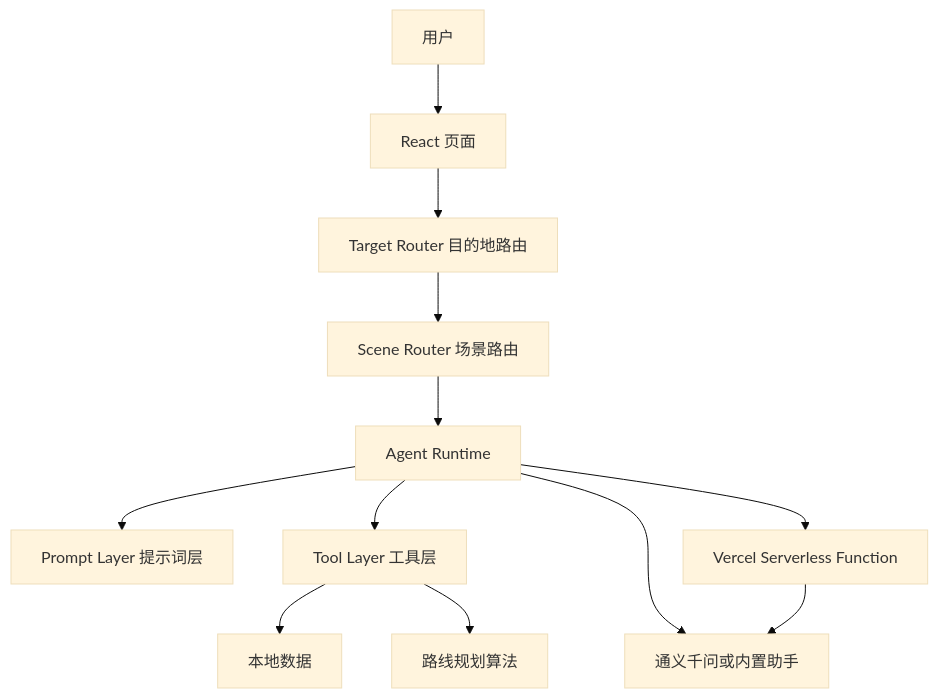
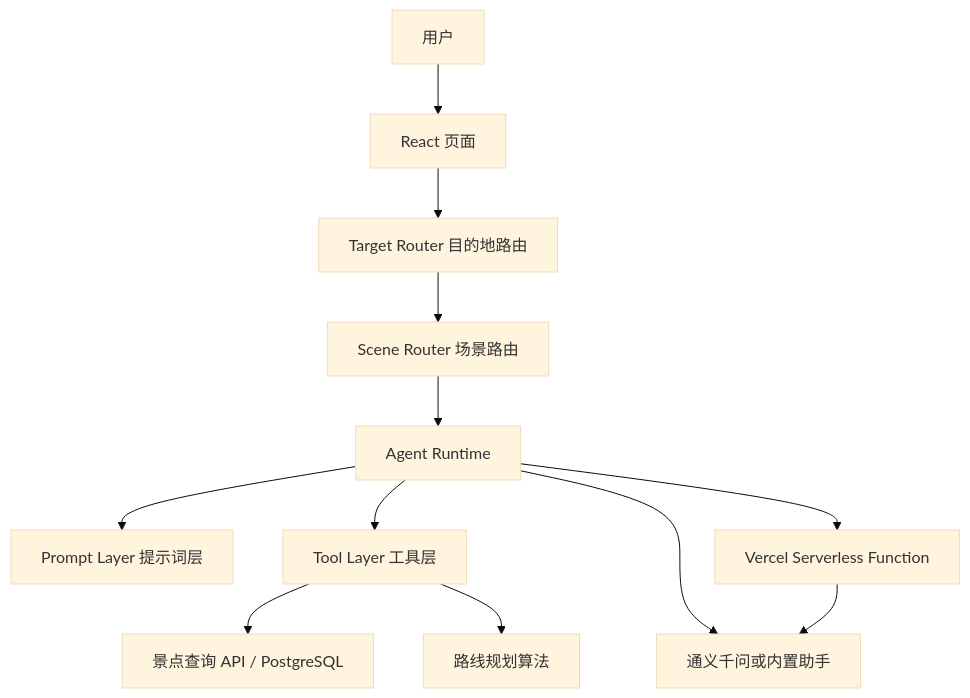
The diagram in docs/architecture.md (huhu-bli/bfu-smart-travel), drawn with Mermaid (base theme) before and after one commit. The commit also changed other lines of this file and 42 other files, not shown here.

Commit message:
feat(database): query places through PostgreSQL repositories

````diff
--- a/docs/architecture.md
+++ b/docs/architecture.md
@@ -30,14 +33,14 @@
 ```mermaid
 flowchart TD
     U[用户] --> UI[React 页面]
     UI --> G[Target Router 目的地路由]
     G --> R[Scene Router 场景路由]
     R --> A[Agent Runtime]
     A --> P[Prompt Layer 提示词层]
     A --> T[Tool Layer 工具层]
     A --> M[通义千问或内置助手]
-    T --> D[本地数据]
+    T --> D[景点查询 API / PostgreSQL]
     T --> L[路线规划算法]
     A --> W[Vercel Serverless Function]
     W --> M
 ```
````
